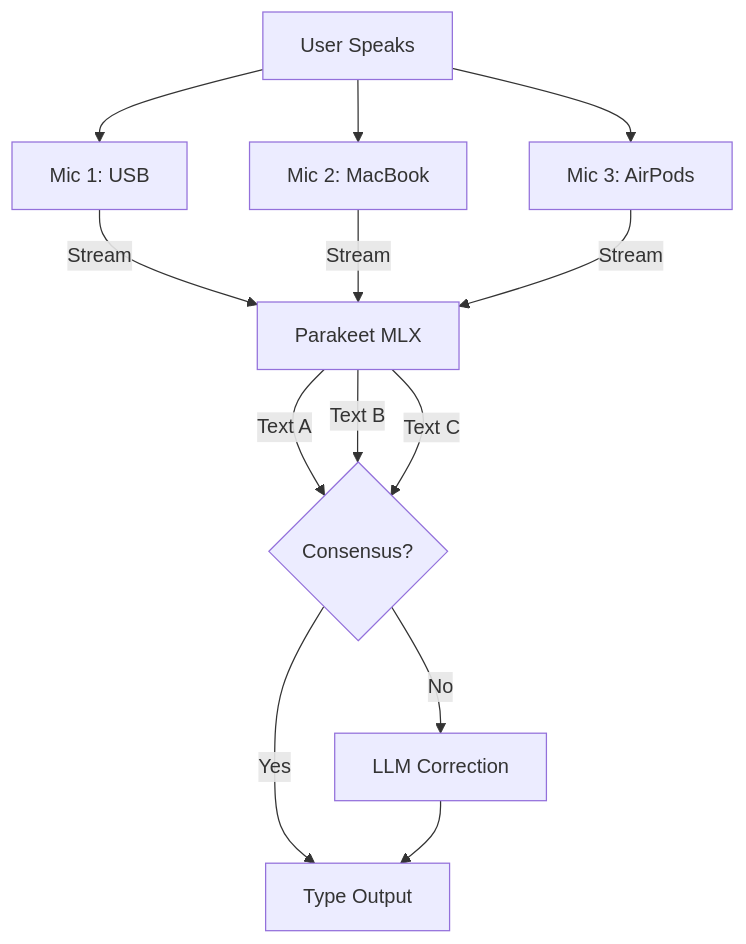
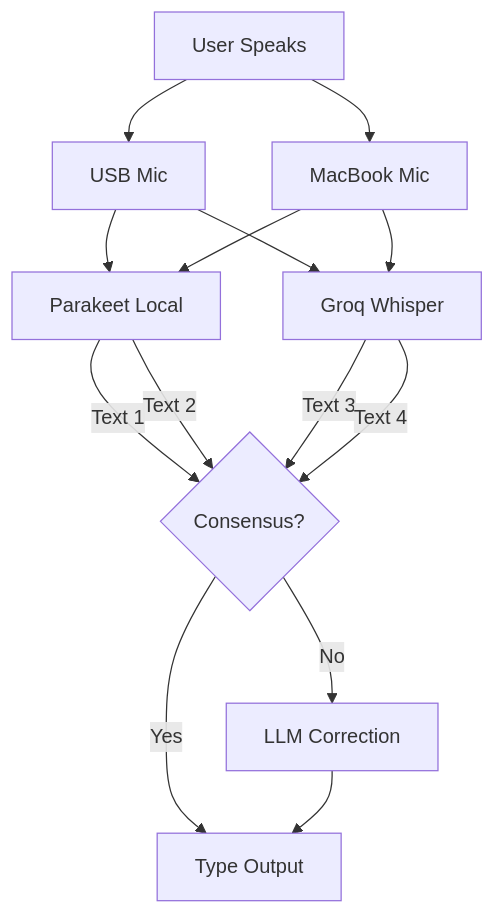
Before and after one commit to kalpit-S/mergescribe: the diagram in README.md, drawn with Mermaid.

Commit message:
Docs: Update architecture diagram to show multi-provider setup

````diff
--- a/README.md
+++ b/README.md
@@ -80,19 +80,20 @@
 ```mermaid
 graph TD
-    User[User Speaks] --> Mic1[Mic 1: USB]
-    User --> Mic2[Mic 2: MacBook]
-    User --> Mic3[Mic 3: AirPods]
+    User[User Speaks] --> Mic1[USB Mic]
+    User --> Mic2[MacBook Mic]
 
-    Mic1 -->|Stream| LocalAI[Parakeet MLX]
-    Mic2 -->|Stream| LocalAI
-    Mic3 -->|Stream| LocalAI
+    Mic1 --> Parakeet[Parakeet Local]
+    Mic1 --> Whisper[Groq Whisper]
+    Mic2 --> Parakeet
+    Mic2 --> Whisper
 
-    LocalAI -->|Text A| Consensus{Consensus?}
-    LocalAI -->|Text B| Consensus
-    LocalAI -->|Text C| Consensus
+    Parakeet -->|Text 1| Consensus{Consensus?}
+    Parakeet -->|Text 2| Consensus
+    Whisper -->|Text 3| Consensus
+    Whisper -->|Text 4| Consensus
 
     Consensus -->|Yes| Typer[Type Output]
     Consensus -->|No| LLM[LLM Correction]
 
     LLM --> Typer
 ```
````
